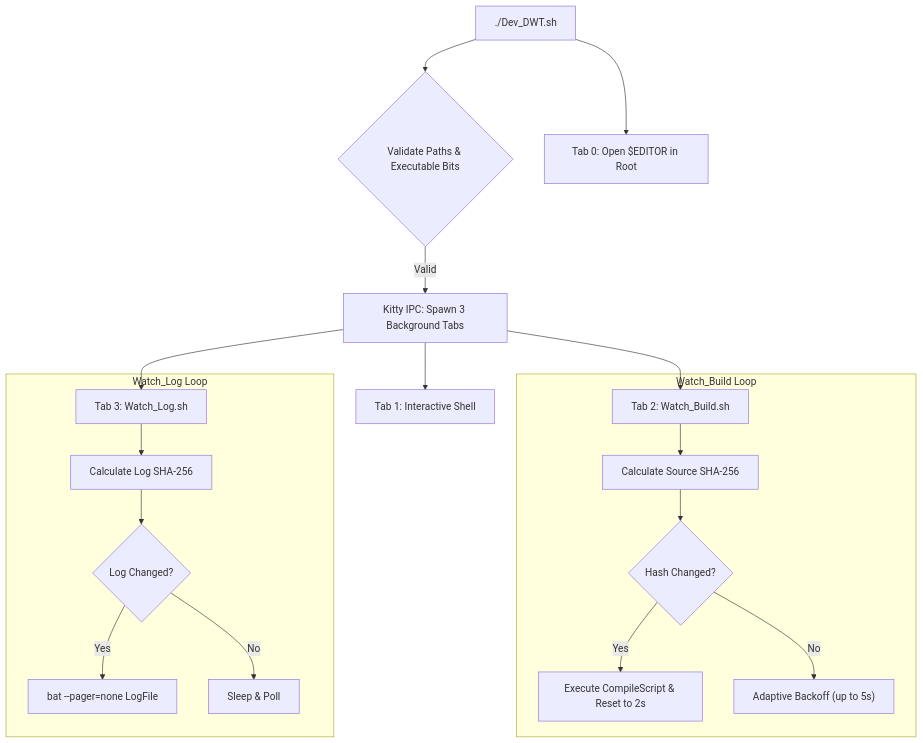
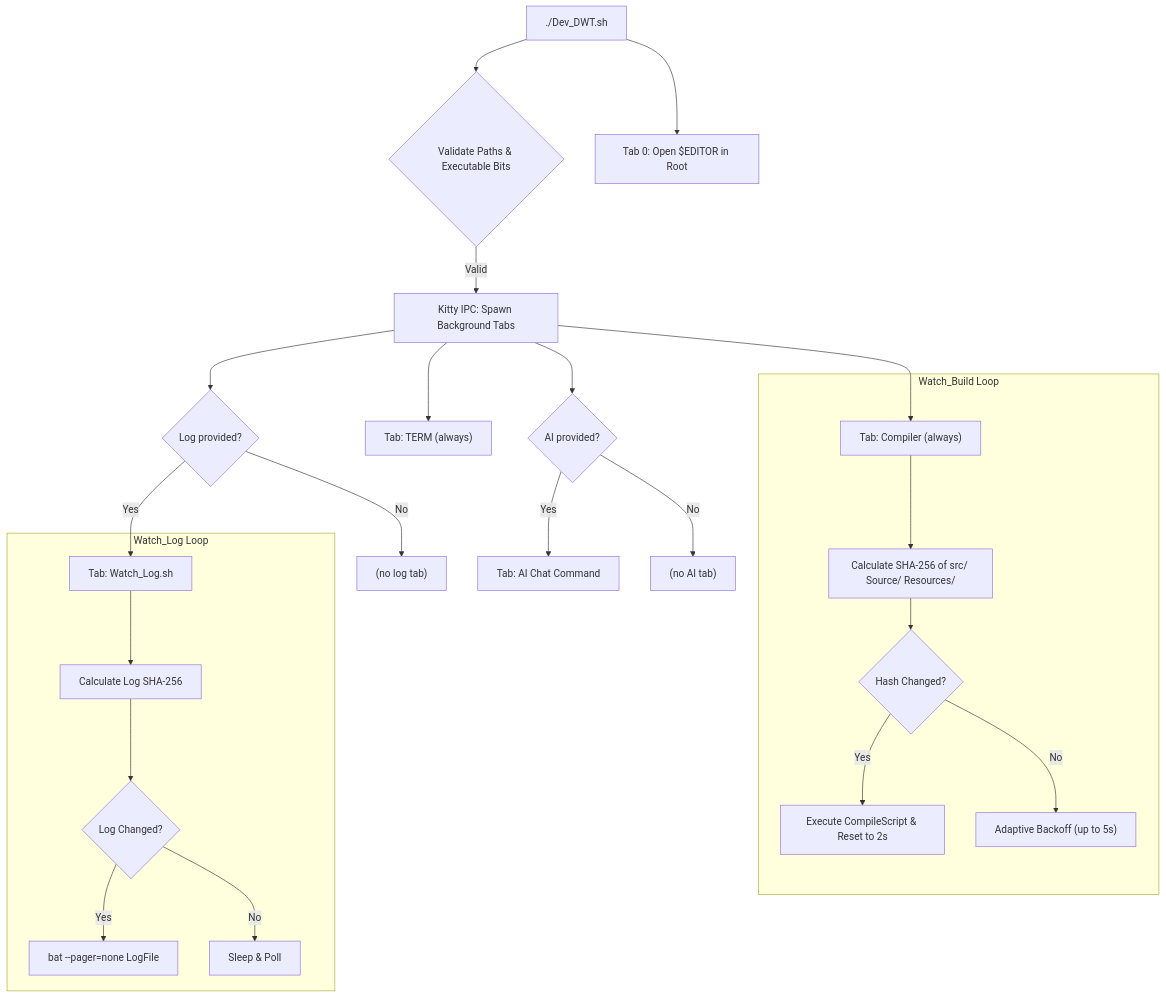
One commit to Jussstrollin/Kitty-Dev-Env changed the diagram in README.md. Above: the diagram before and after it, drawn with Mermaid. The commit also changed other lines of this file and 1 other file, not shown here.

Commit message:
Added :   -ai / --AI : your fav AI Terminal Chatbots now gets its own tab! Changes :   -l / --Log : is now optional

````diff
--- a/README.md
+++ b/README.md
@@ -132,25 +148,31 @@
 ```mermaid
 flowchart TD
     Launch["./Dev_DWT.sh"] --> Check{"Validate Paths & Executable Bits"}
-    Check -->|Valid| Tabs["Kitty IPC: Spawn 3 Background Tabs"]
+    Check -->|Valid| Tabs["Kitty IPC: Spawn Background Tabs"]
     
-    Tabs --> T1["Tab 1: Interactive Shell"]
-    Tabs --> T2["Tab 2: Watch_Build.sh"]
-    Tabs --> T3["Tab 3: Watch_Log.sh"]
-    
+    Tabs --> T1["Tab: TERM (always)"]
+    Tabs --> T2["Tab: Compiler (always)"]
+    Tabs --> T3{"Log provided?"}
+    Tabs --> T4{"AI provided?"}
+
+    T3 -->|Yes| SpawnLog["Tab: Watch_Log.sh"]
+    T3 -->|No| SkipLog["(no log tab)"]
+    T4 -->|Yes| SpawnAI["Tab: AI Chat Command"]
+    T4 -->|No| SkipAI["(no AI tab)"]
+
     Launch --> Ed["Tab 0: Open $EDITOR in Root"]
     
     subgraph Watch_Build Loop
-        T2 --> HashB["Calculate Source SHA-256"]
+        T2 --> HashB["Calculate SHA-256 of src/ Source/ Resources/"]
         HashB --> CompB{"Hash Changed?"}
         CompB -->|Yes| RunBuild["Execute CompileScript & Reset to 2s"]
         CompB -->|No| BackoffB["Adaptive Backoff (up to 5s)"]
     end
 
     subgraph Watch_Log Loop
-        T3 --> HashL["Calculate Log SHA-256"]
+        SpawnLog --> HashL["Calculate Log SHA-256"]
         HashL --> CompL{"Log Changed?"}
         CompL -->|Yes| PrintLog["bat --pager=none LogFile"]
         CompL -->|No| BackoffL["Sleep & Poll"]
     end
 ```
````
